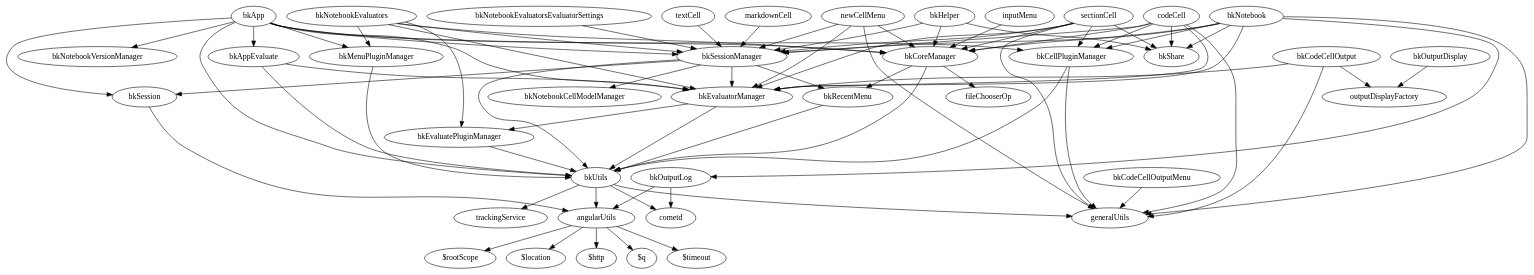
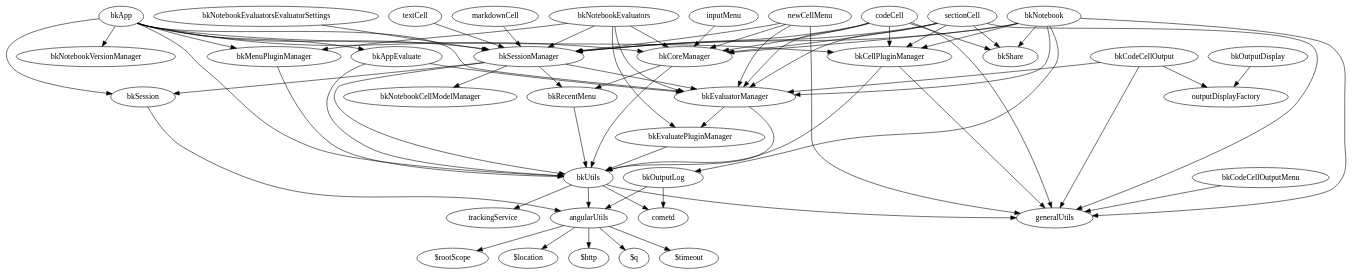
The diagram in bkApp.dot (anglee/hello), drawn with Graphviz before and after one commit. The commit also changed 8 other files, not shown here.

```diff
--- a/bkApp.dot
+++ b/bkApp.dot
@@ -1,106 +1,101 @@
 digraph G {
   angularUtils -> "$rootScope";
   angularUtils -> "$location";
   angularUtils -> "$http";
   angularUtils -> "$q";
   angularUtils -> "$timeout";
 
   bkApp -> bkUtils;
   bkApp -> bkSession;
   bkApp -> bkSessionManager;
   bkApp -> bkMenuPluginManager;
   bkApp -> bkCellPluginManager;
   bkApp -> bkCoreManager;
   bkApp -> bkAppEvaluate;
   bkApp -> bkNotebookVersionManager;
   bkApp -> bkEvaluatorManager;
 
   bkAppEvaluate -> bkUtils;
   bkAppEvaluate -> bkEvaluatorManager;
 
   newCellMenu -> generalUtils;
   newCellMenu -> bkSessionManager;
   newCellMenu -> bkCoreManager;
   newCellMenu -> bkEvaluatorManager;
 
   sectionCell -> generalUtils;
   sectionCell -> bkShare;
   sectionCell -> bkEvaluatorManager;
   sectionCell -> bkSessionManager;
   sectionCell -> bkCoreManager;
   sectionCell -> bkCellPluginManager;
 
   textCell -> bkSessionManager;
 
   markdownCell -> bkSessionManager;
 
   bkCellPluginManager -> bkUtils;
   bkCellPluginManager -> generalUtils;
 
   codeCell -> generalUtils;
   codeCell -> bkShare;
   codeCell -> bkEvaluatorManager;
   codeCell -> bkCellPluginManager;
   codeCell -> bkSessionManager;
   codeCell -> bkCoreManager;
 
   inputMenu -> bkCoreManager;
 
   bkCodeCellOutput -> generalUtils;
   bkCodeCellOutput -> outputDisplayFactory;
   bkCodeCellOutput -> bkEvaluatorManager;
 
   bkCodeCellOutputMenu -> generalUtils;
 
   bkCoreManager -> bkUtils;
   bkCoreManager -> bkRecentMenu;
-  bkCoreManager -> fileChooserOp;
 
   bkEvaluatePluginManager -> bkUtils;
 
   bkEvaluatorManager -> bkUtils;
   bkEvaluatorManager -> bkEvaluatePluginManager;
-
-  bkHelper -> bkSessionManager;
-  bkHelper -> bkCoreManager;
-  bkHelper -> bkShare;
 
   bkMenuPluginManager -> bkUtils;
 
   bkNotebook -> generalUtils;
   bkNotebook -> bkShare;
   bkNotebook -> bkEvaluatorManager;
   bkNotebook -> bkCellPluginManager;
   bkNotebook -> bkSessionManager;
   bkNotebook -> bkCoreManager;
   bkNotebook -> bkOutputLog;
 
   bkNotebookEvaluators -> bkCoreManager;
   bkNotebookEvaluators -> bkSessionManager;
   bkNotebookEvaluators -> bkMenuPluginManager;
   bkNotebookEvaluators -> bkEvaluatePluginManager;
   bkNotebookEvaluators -> bkEvaluatorManager;
 
   bkNotebookEvaluatorsEvaluatorSettings -> bkSessionManager;
 
   bkOutputLog -> angularUtils;
   bkOutputLog -> cometd;
 
   bkOutputDisplay -> "outputDisplayFactory";
 
   bkRecentMenu -> bkUtils;
 
   bkSession -> angularUtils;
 
   bkSessionManager -> bkUtils;
   bkSessionManager -> bkSession;
   bkSessionManager -> bkNotebookCellModelManager;
   bkSessionManager -> bkEvaluatorManager;
   bkSessionManager -> bkRecentMenu;
 
   bkUtils -> generalUtils;
   bkUtils -> angularUtils;
   bkUtils -> trackingService;
   bkUtils -> cometd;
 
 }
```
